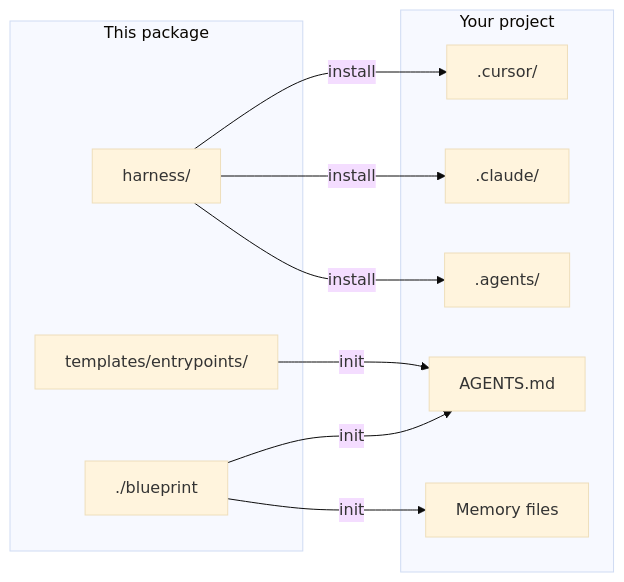
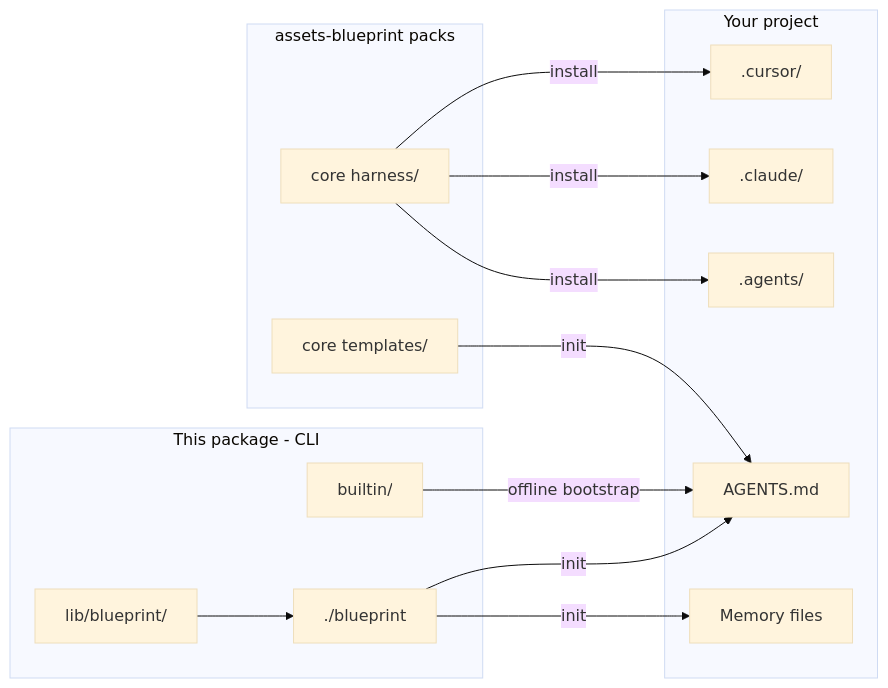
Before and after one commit to krerapus/agent-harness-blueprint: the second of 2 diagrams in README.md, drawn with Mermaid (base theme). The commit also changed other lines of this file and 21 other files, not shown here.

````diff
--- a/README.md
+++ b/README.md
@@ -48,23 +56,30 @@
 ```mermaid
 flowchart LR
-  subgraph package [This package]
-    harness[harness/]
-    entry[templates/entrypoints/]
+  subgraph package [This package - CLI]
+    builtin[builtin/]
     cli[./blueprint]
+    lib[lib/blueprint/]
+  end
+
+  subgraph packs [assets-blueprint packs]
+    harness[core harness/]
+    entry[core templates/]
   end
 
   subgraph consumer [Your project]
     agents[AGENTS.md]
     cursor[".cursor/"]
     claude[".claude/"]
     agentsRt[".agents/"]
     memory[Memory files]
   end
 
   cli -->|init| agents
   cli -->|init| memory
+  builtin -->|offline bootstrap| agents
   entry -->|init| agents
   harness -->|install| cursor
   harness -->|install| claude
   harness -->|install| agentsRt
+  lib --> cli
 ```
````
